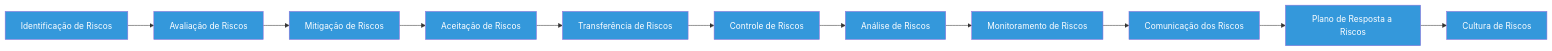
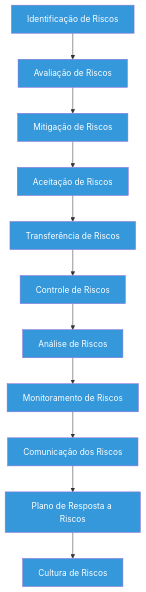
One commit to mehranmisaghi/cybersecurity changed the third of 3 diagrams in Risks/griscos.md. Above: the diagram before and after it, drawn with Mermaid.

Commit message:
corrected TD mermaid

````diff
--- a/Risks/griscos.md
+++ b/Risks/griscos.md
@@ -112,16 +112,16 @@
 ```mermaid
-flowchart LR
+flowchart TD
     A[Identificação de  Riscos] --> B[Avaliação de Riscos]
     B --> C[Mitigação de Riscos]
     C --> D[Aceitação de Riscos]
     D --> E[Transferência de Riscos]
     E --> F[Controle de Riscos]
     F --> G[Análise de Riscos]
     G --> H[Monitoramento de Riscos]
     H --> I[Comunicação dos Riscos]
     I --> J[Plano de Resposta a Riscos]
     J --> K[Cultura de Riscos]
 
 classDef etapa fill:#3498db,color:#fff
 class A,B,C,D,E,F,G,H,I,J,K etapa
 ```
````
